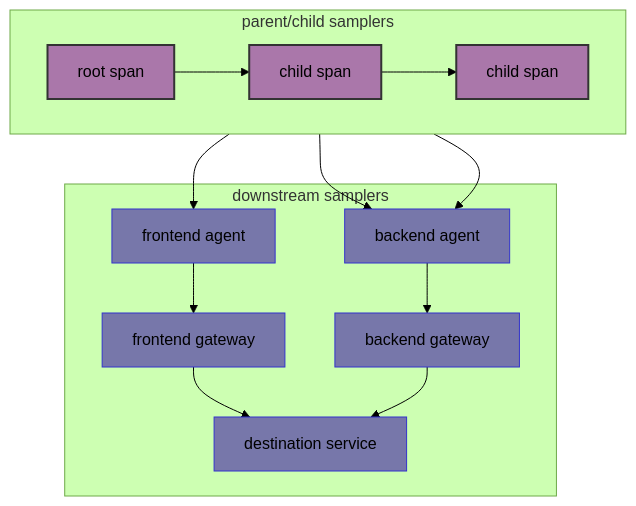
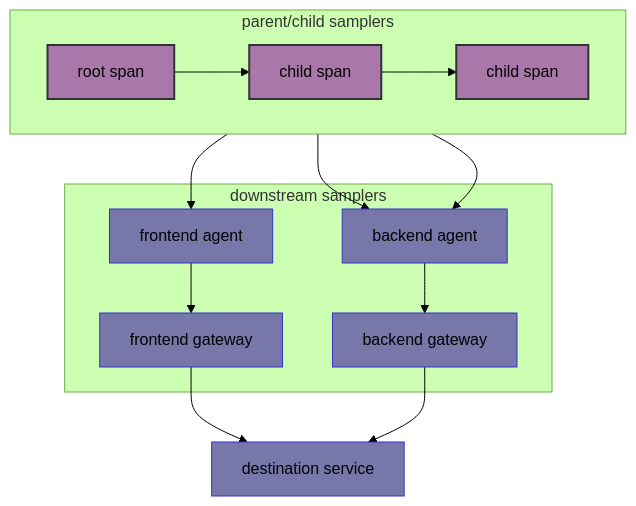
The diagram in specification/trace/tracestate-probability-sampling.md (open-telemetry/opentelemetry-specification), drawn with Mermaid (forest theme) before and after one commit.

Commit message:
mermaid11

````diff
--- a/specification/trace/tracestate-probability-sampling.md
+++ b/specification/trace/tracestate-probability-sampling.md
@@ -148,26 +148,26 @@
 ```mermaid
 graph TD
     subgraph "parent/child samplers"
         direction LR
         Root["root span"] --> Child1["child span"]
         Child1 --> Child2["child span"]
     end
     
     subgraph "downstream samplers"
 		Root --> LC1["frontend agent"]
 		LC1 --> LC2["frontend gateway"]
     
 		Child1 --> RC1["backend agent"]
 		Child2 --> RC1
 	    RC1 --> RC2["backend gateway"]
-    
-	    LC2 --> FC["destination service"]
-	    RC2 --> FC
 	end
+
+    LC2 --> FC["destination service"]
+    RC2 --> FC
     
     classDef span fill:#a7a,stroke:#333,stroke-width:2px;
     classDef collector fill:#77a,stroke:#33c,stroke-width:1px;
     
     class Root,Child1,Child2 span;
     class LC1,LC2,RC1,RC2,FC collector;
 ```
````
